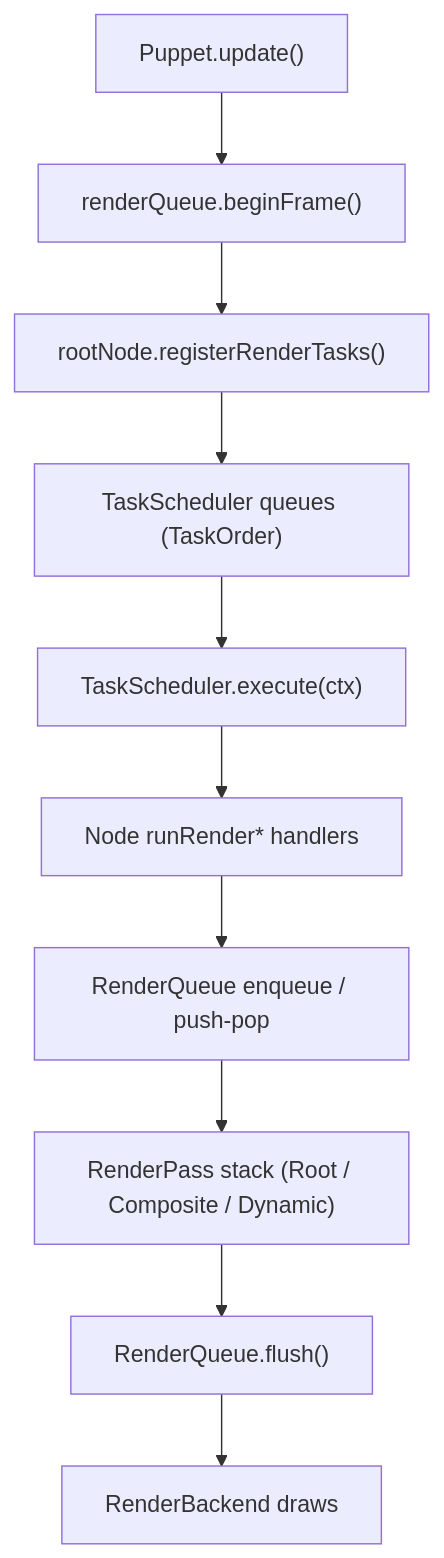
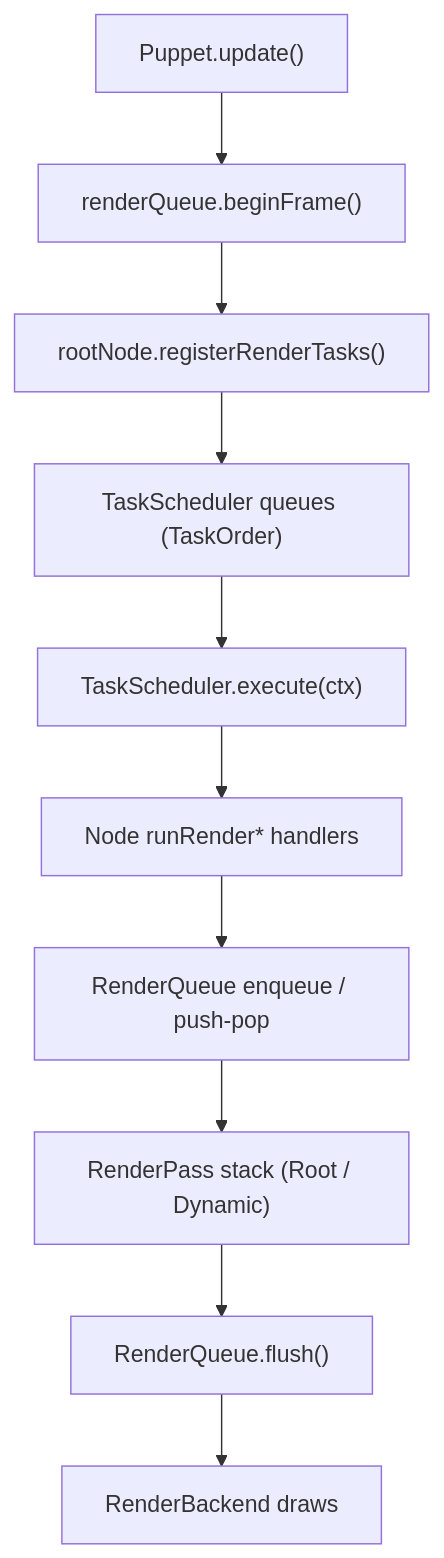
Before and after one commit to nijigenerate/nijilive: the first of 4 diagrams in doc/new_rendering.md, drawn with Mermaid. The commit also changed other lines of this file and 1 other file, not shown here.

````diff
--- a/doc/new_rendering.md
+++ b/doc/new_rendering.md
@@ -18,12 +17,12 @@
 ```mermaid
 graph TD
     A["Puppet.update()"] --> B["renderQueue.beginFrame()"]
     B --> C["rootNode.registerRenderTasks()"]
     C --> D["TaskScheduler queues (TaskOrder)"]
     D --> E["TaskScheduler.execute(ctx)"]
     E --> F["Node runRender* handlers"]
     F --> G["RenderQueue enqueue / push-pop"]
-    G --> H["RenderPass stack (Root / Composite / Dynamic)"]
+    G --> H["RenderPass stack (Root / Dynamic)"]
     H --> I["RenderQueue.flush()"]
     I --> J["RenderBackend draws"]
 ```
````
